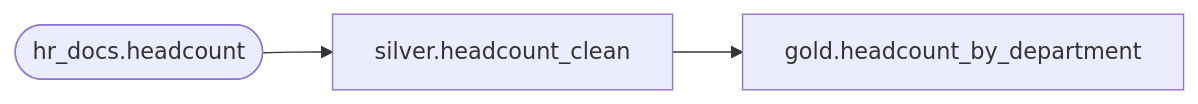
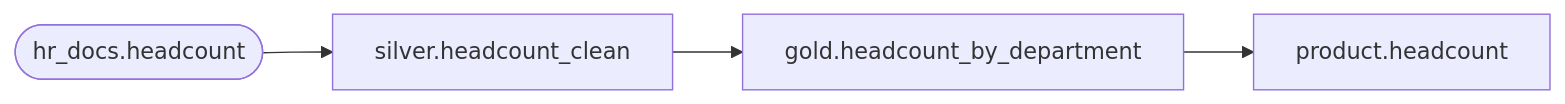
One commit to NitinKeshavB/framework changed the diagram in framework_curation/people/headcount_reporting/PROJECT_MAP.md. Above: the diagram before and after it, drawn with Mermaid. The commit also changed other lines of this file and 24 other files, not shown here.

````diff
--- a/framework_curation/people/headcount_reporting/PROJECT_MAP.md
+++ b/framework_curation/people/headcount_reporting/PROJECT_MAP.md
@@ -27,7 +33,9 @@
 ```mermaid
 flowchart LR
   silver_headcount_clean[silver.headcount_clean]
   hr_docs_headcount([hr_docs.headcount]) --> silver_headcount_clean
   gold_headcount_by_department[gold.headcount_by_department]
   silver_headcount_clean --> gold_headcount_by_department
+  product_headcount[product.headcount]
+  gold_headcount_by_department --> product_headcount
 ```
````
